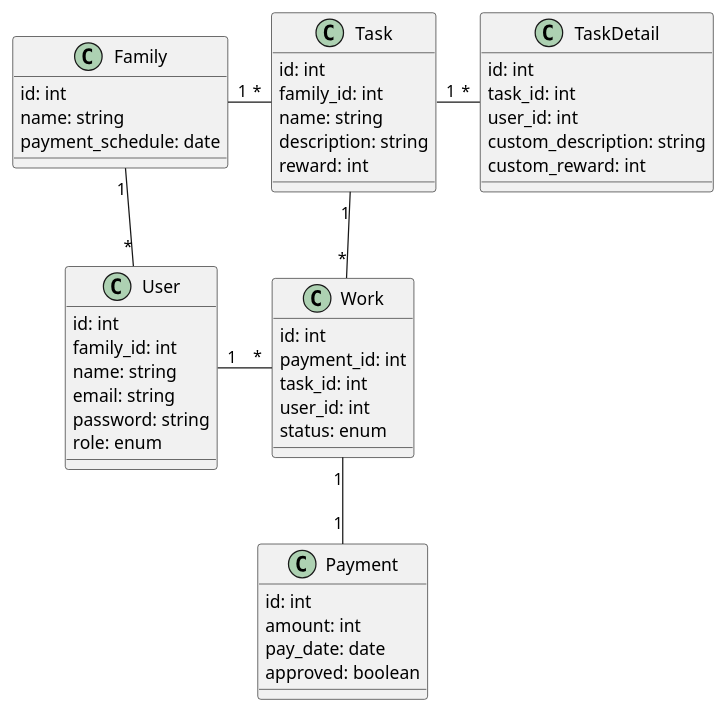
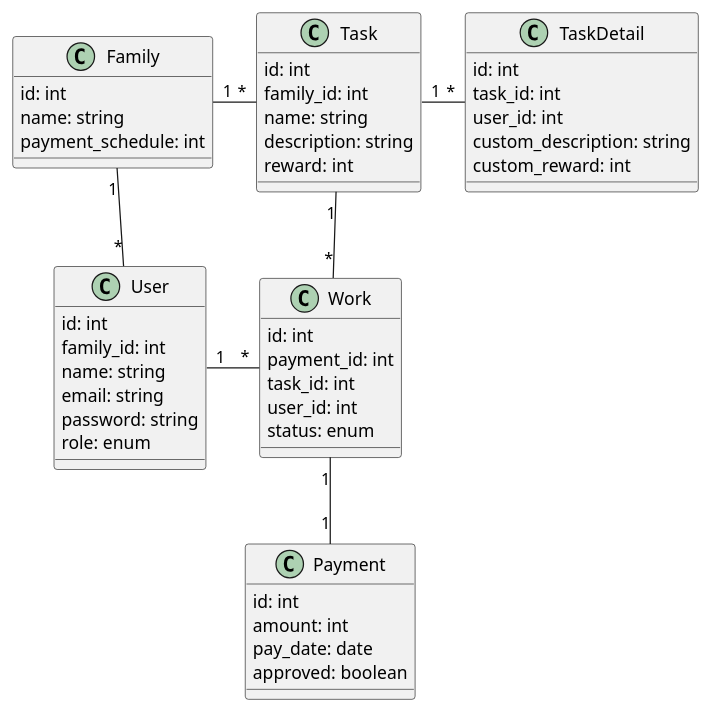
Before and after one commit to S-Yamamoto3215/ote-pal-backend: the diagram in documents/class/class.pu, drawn with PlantUML. The commit also changed 9 other files, not shown here.

Commit message:
Family.payment_schedule string -> int

```diff
--- a/documents/class/class.pu
+++ b/documents/class/class.pu
@@ -1,58 +1,58 @@
 @startuml class
 class User {
   id: int
   family_id: int
   name: string
   email: string
   password: string
   role: enum
 }
 
 class Family {
   id: int
   name: string
-  payment_schedule: date
+  payment_schedule: int
 }
 
 class Task {
   id: int
   family_id: int
   name: string
   description: string
   reward: int
 }
 
 class TaskDetail {
   id: int
   task_id: int
   user_id: int
   custom_description: string
   custom_reward: int
 }
 
 
 class Work {
   id: int
   payment_id: int
   task_id: int
   user_id: int
   status: enum
 }
 
 class Payment {
   id: int
   amount: int
   pay_date: date
   approved: boolean
 }
 
 Family "1" -down- "*" User
 Family "1" -right- "*" Task
 
 User "1" -right- "*" Work
 
 Task "1" -right- "*" TaskDetail
 Task "1" -down- "*" Work
 
 Work "1" -down- "1" Payment
 @enduml
```
